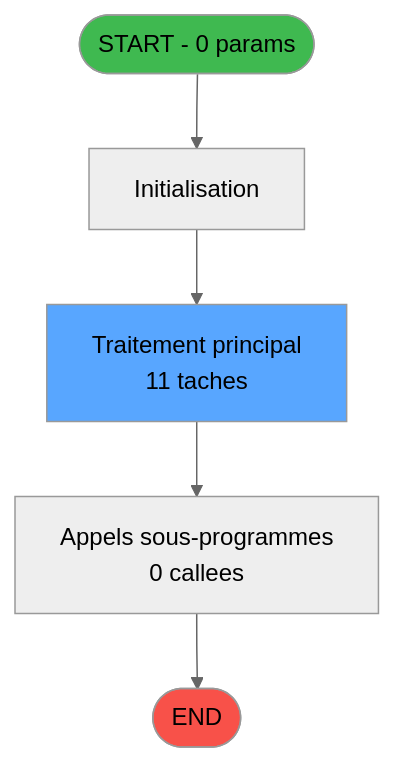
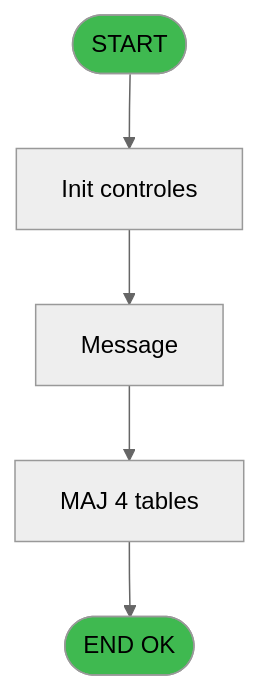
One commit to thonyAGP/magic-migration changed the first of 3 diagrams in .openspec/specs/ADH-IDE-169.md. Above: the diagram before and after it, drawn with Mermaid (neutral theme). The commit also changed other lines of this file and 253 other files, not shown here.

````diff
--- a/.openspec/specs/ADH-IDE-169.md
+++ b/.openspec/specs/ADH-IDE-169.md
@@ -88,14 +523,14 @@
 ```mermaid
 flowchart TD
-    START([START - 0 params])
-    INIT["Initialisation"]
-    PROCESS["Traitement principal<br/>11 taches"]
-    CALLS["Appels sous-programmes<br/>0 callees"]
-    ENDOK([END])
+    START([START])
+    INIT[Init controles]
+    SAISIE[Message]
+    UPDATE[MAJ 4 tables]
+    ENDOK([END OK])
 
-    START --> INIT --> PROCESS --> CALLS --> ENDOK
+    START --> INIT --> SAISIE
+    SAISIE --> UPDATE --> ENDOK
 
-    style START fill:#3fb950
-    style ENDOK fill:#f85149
-    style PROCESS fill:#58a6ff
+    style START fill:#3fb950,color:#000
+    style ENDOK fill:#3fb950,color:#000
 ```
````
